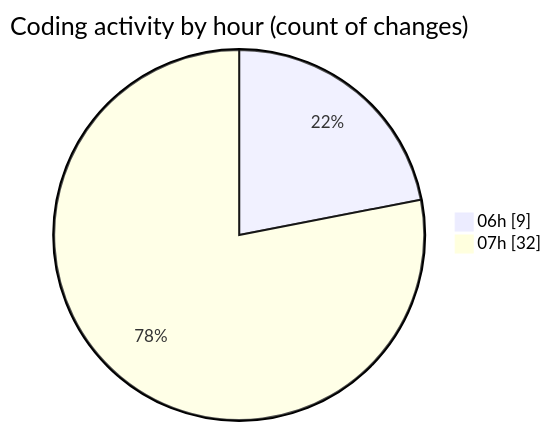
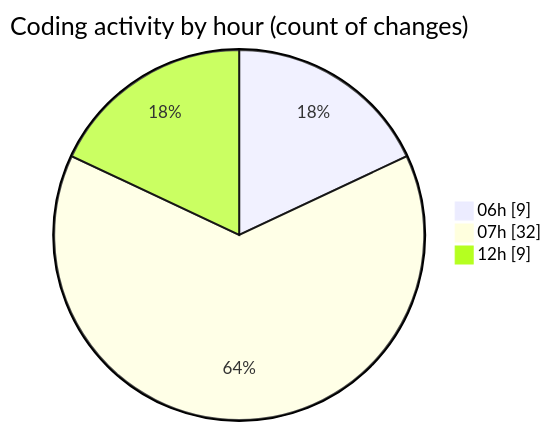
Before and after one commit to robertbonfada/code-tracking: the second of 2 diagrams in 2025-02-18/mbc-web/README.md, drawn with Mermaid. The commit also changed other lines of this file and 1 other file, not shown here.

````diff
--- a/2025-02-18/mbc-web/README.md
+++ b/2025-02-18/mbc-web/README.md
@@ -44,6 +48,7 @@
 ```mermaid
 pie showData
 title Coding activity by hour (count of changes)
 "06h" : 9
 "07h" : 32
+"12h" : 9
 ```
````
